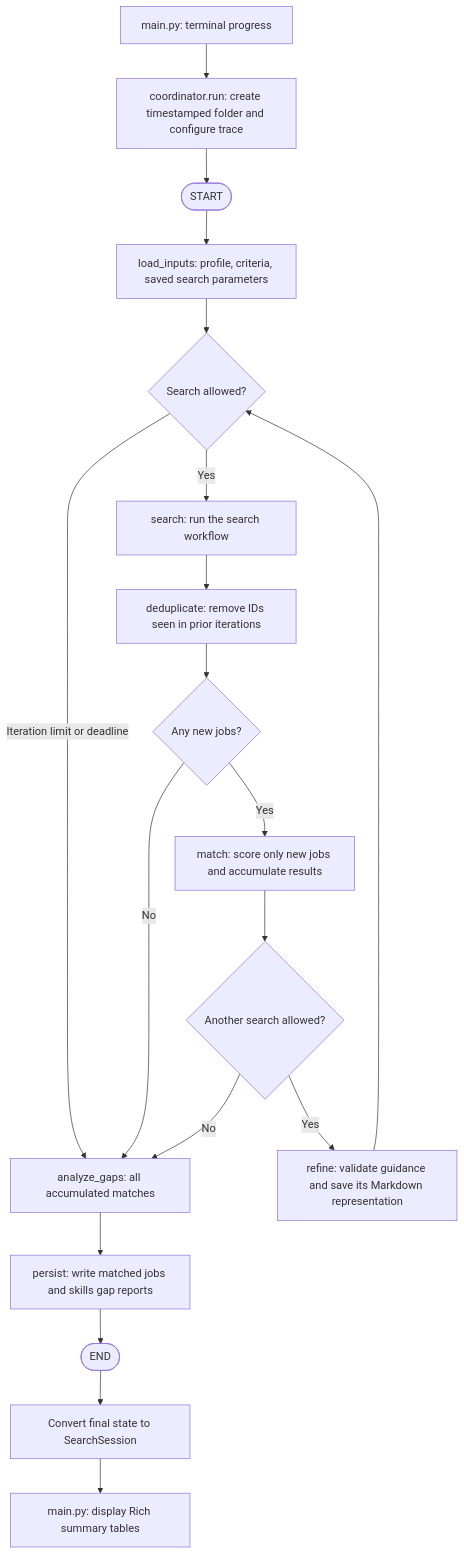
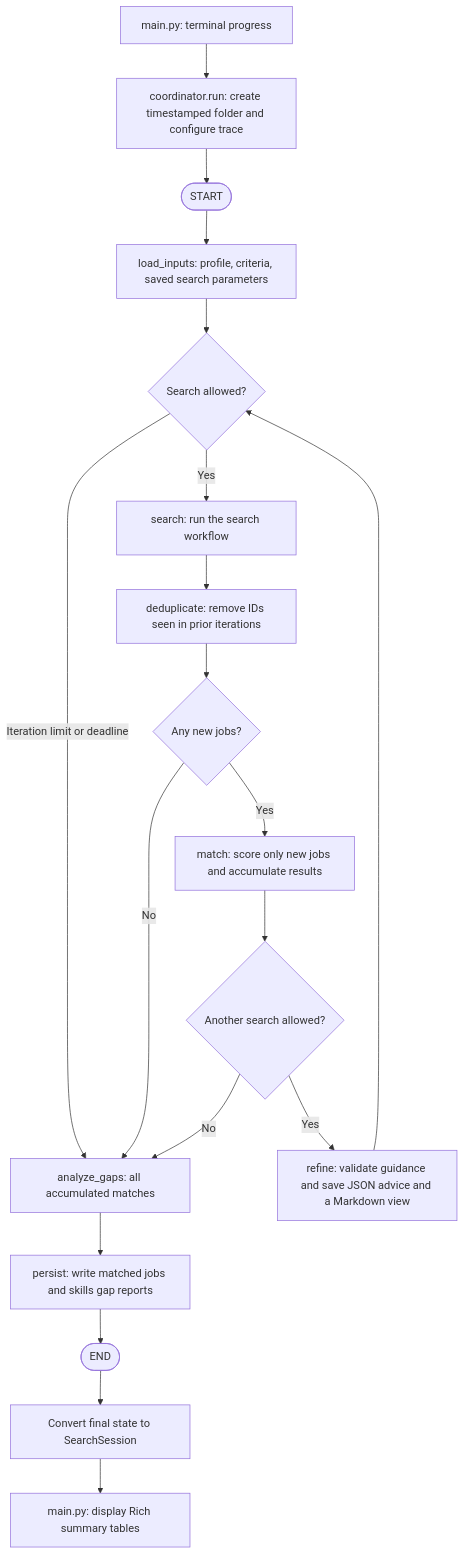
The diagram in docs/application-flow.md (sheyko94/linkedin_job_search), drawn with Mermaid before and after one commit. The commit also changed other lines of this file and 45 other files, not shown here.

````diff
--- a/docs/application-flow.md
+++ b/docs/application-flow.md
@@ -7,21 +7,21 @@
 ```mermaid
 flowchart TD
     CLI["main.py: terminal progress"] --> INIT["coordinator.run: create timestamped folder and configure trace"]
     INIT --> START([START])
     START --> LOAD["load_inputs: profile, criteria, saved search parameters"]
     LOAD --> ALLOWED{"Search allowed?"}
     ALLOWED -->|Yes| SEARCH["search: run the search workflow"]
     ALLOWED -->|Iteration limit or deadline| GAPS["analyze_gaps: all accumulated matches"]
     SEARCH --> DEDUP["deduplicate: remove IDs seen in prior iterations"]
     DEDUP --> NEW{"Any new jobs?"}
     NEW -->|Yes| MATCH["match: score only new jobs and accumulate results"]
     NEW -->|No| GAPS
     MATCH --> MORE{"Another search allowed?"}
-    MORE -->|Yes| REFINE["refine: validate guidance and save its Markdown representation"]
+    MORE -->|Yes| REFINE["refine: validate guidance and save JSON advice and a Markdown view"]
     MORE -->|No| GAPS
     REFINE --> ALLOWED
     GAPS --> PERSIST["persist: write matched jobs and skills gap reports"]
     PERSIST --> FINISH([END])
     FINISH --> SESSION["Convert final state to SearchSession"]
     SESSION --> DISPLAY["main.py: display Rich summary tables"]
 ```
````
